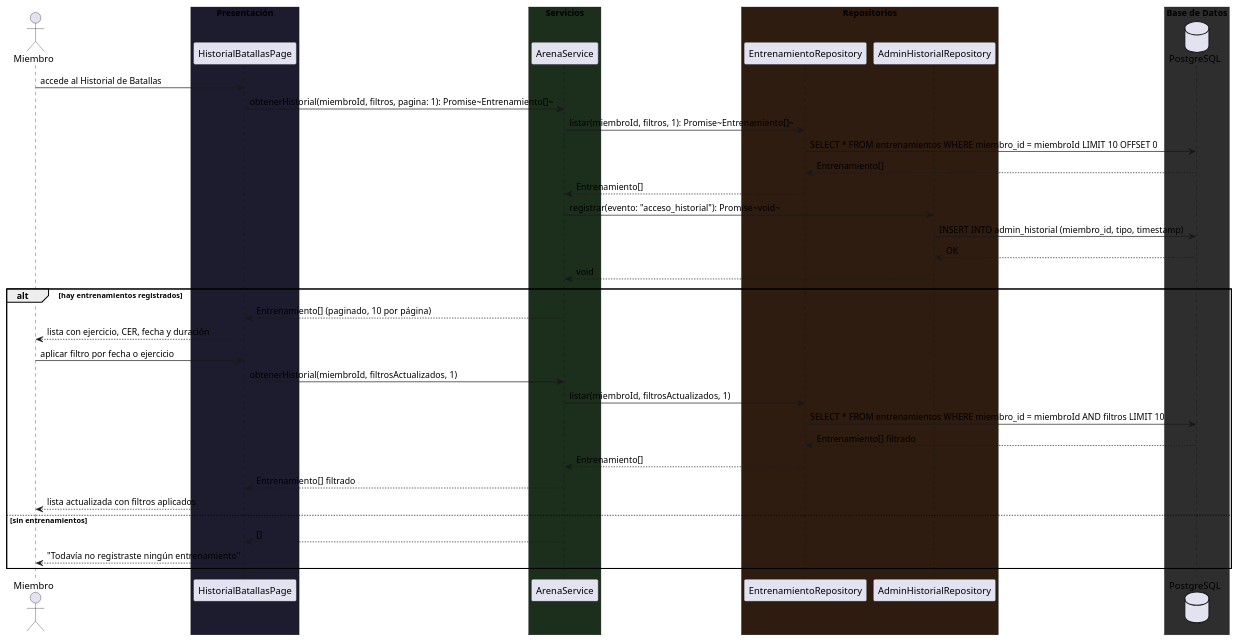
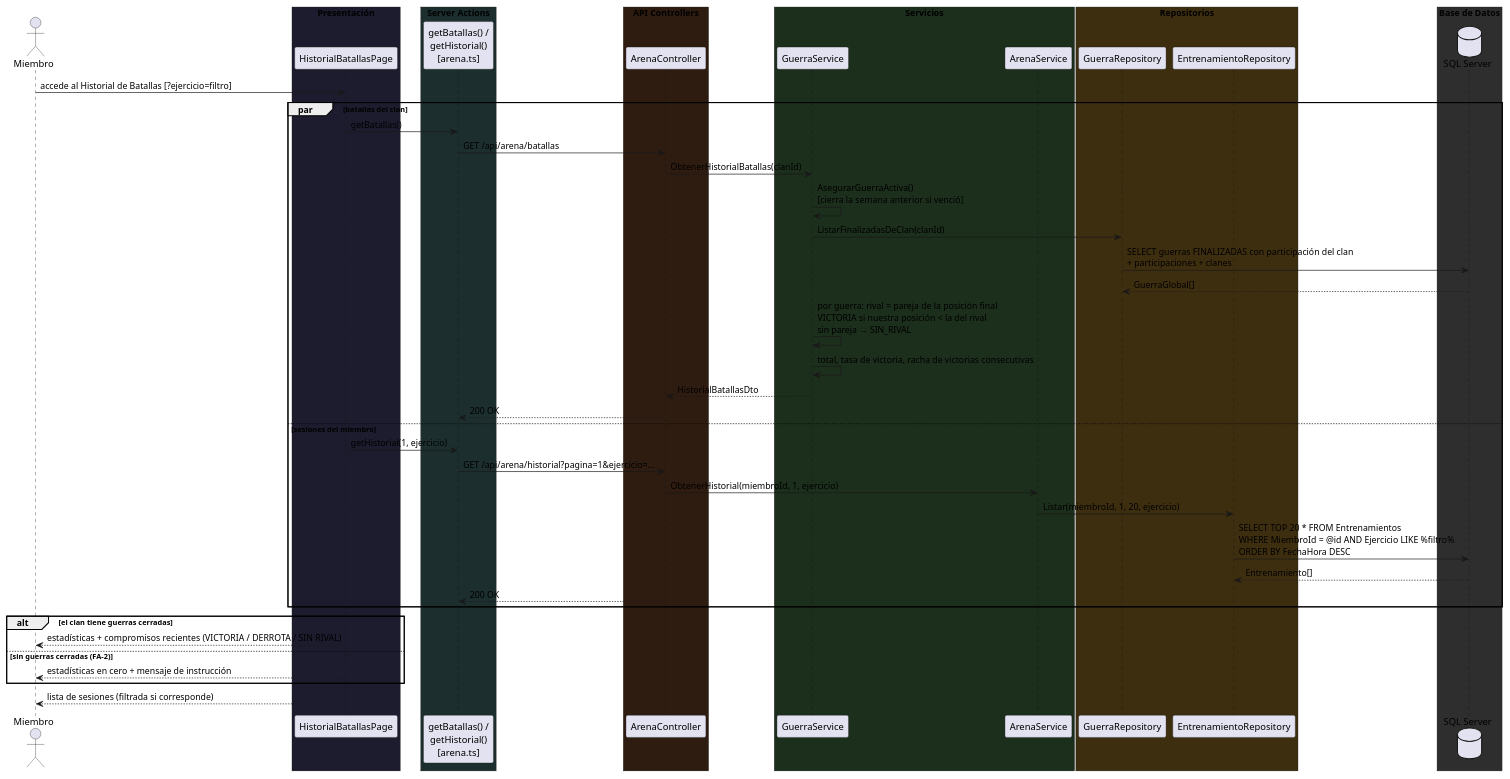
One commit to nicolassepulveda13/SAP changed the fourth of 8 diagrams in silverback/docs/secuencias-cu003-cu004.md. Above: the diagram before and after it, drawn with PlantUML. The commit also changed other lines of this file and 13 other files, not shown here.

````diff
--- a/silverback/docs/secuencias-cu003-cu004.md
+++ b/silverback/docs/secuencias-cu003-cu004.md
@@ -164,52 +245,63 @@
 ```plantuml
 @startuml CU-003-004
 
 actor Miembro
 
 box "Presentación" #1C1C2E
   participant "HistorialBatallasPage" as Page
 end box
 
+box "Server Actions" #1C2E2E
+  participant "getBatallas() /\ngetHistorial()\n[arena.ts]" as Action
+end box
+
+box "API Controllers" #2E1C10
+  participant "ArenaController" as Ctrl
+end box
+
 box "Servicios" #1C2E1C
+  participant "GuerraService" as GSvc
   participant "ArenaService" as Svc
 end box
 
-box "Repositorios" #2E1C10
+box "Repositorios" #3E2E10
+  participant "GuerraRepository" as GRepo
   participant "EntrenamientoRepository" as EntreRepo
-  participant "AdminHistorialRepository" as LogRepo
 end box
 
 box "Base de Datos" #2E2E2E
-  database "PostgreSQL" as DB
+  database "SQL Server" as DB
 end box
 
-Miembro -> Page: accede al Historial de Batallas
-Page -> Svc: obtenerHistorial(miembroId, filtros, pagina: 1): Promise~Entrenamiento[]~
-Svc -> EntreRepo: listar(miembroId, filtros, 1): Promise~Entrenamiento[]~
-EntreRepo -> DB: SELECT * FROM entrenamientos WHERE miembro_id = miembroId LIMIT 10 OFFSET 0
-DB --> EntreRepo: Entrenamiento[]
-EntreRepo --> Svc: Entrenamiento[]
-Svc -> LogRepo: registrar(evento: "acceso_historial"): Promise~void~
-LogRepo -> DB: INSERT INTO admin_historial (miembro_id, tipo, timestamp)
-DB --> LogRepo: OK
-LogRepo --> Svc: void
+Miembro -> Page: accede al Historial de Batallas [?ejercicio=filtro]
+par batallas del clan
+    Page -> Action: getBatallas()
+    Action -> Ctrl: GET /api/arena/batallas
+    Ctrl -> GSvc: ObtenerHistorialBatallas(clanId)
+    GSvc -> GSvc: AsegurarGuerraActiva()\n[cierra la semana anterior si venció]
+    GSvc -> GRepo: ListarFinalizadasDeClan(clanId)
+    GRepo -> DB: SELECT guerras FINALIZADAS con participación del clan\n+ participaciones + clanes
+    DB --> GRepo: GuerraGlobal[]
+    GSvc -> GSvc: por guerra: rival = pareja de la posición final\nVICTORIA si nuestra posición < la del rival\nsin pareja → SIN_RIVAL
+    GSvc -> GSvc: total, tasa de victoria, racha de victorias consecutivas
+    GSvc --> Ctrl: HistorialBatallasDto
+    Ctrl --> Action: 200 OK
+else sesiones del miembro
+    Page -> Action: getHistorial(1, ejercicio)
+    Action -> Ctrl: GET /api/arena/historial?pagina=1&ejercicio=...
+    Ctrl -> Svc: ObtenerHistorial(miembroId, 1, ejercicio)
+    Svc -> EntreRepo: Listar(miembroId, 1, 20, ejercicio)
+    EntreRepo -> DB: SELECT TOP 20 * FROM Entrenamientos\nWHERE MiembroId = @id AND Ejercicio LIKE %filtro%\nORDER BY FechaHora DESC
+    DB --> EntreRepo: Entrenamiento[]
+    Ctrl --> Action: 200 OK
+end
 
-alt hay entrenamientos registrados
-    Svc --> Page: Entrenamiento[] (paginado, 10 por página)
-    Page --> Miembro: lista con ejercicio, CER, fecha y duración
-
-    Miembro -> Page: aplicar filtro por fecha o ejercicio
-    Page -> Svc: obtenerHistorial(miembroId, filtrosActualizados, 1)
-    Svc -> EntreRepo: listar(miembroId, filtrosActualizados, 1)
-    EntreRepo -> DB: SELECT * FROM entrenamientos WHERE miembro_id = miembroId AND filtros LIMIT 10
-    DB --> EntreRepo: Entrenamiento[] filtrado
-    EntreRepo --> Svc: Entrenamiento[]
-    Svc --> Page: Entrenamiento[] filtrado
-    Page --> Miembro: lista actualizada con filtros aplicados
-else sin entrenamientos
-    Svc --> Page: []
-    Page --> Miembro: "Todavía no registraste ningún entrenamiento"
+alt el clan tiene guerras cerradas
+    Page --> Miembro: estadísticas + compromisos recientes (VICTORIA / DERROTA / SIN RIVAL)
+else sin guerras cerradas (FA-2)
+    Page --> Miembro: estadísticas en cero + mensaje de instrucción
 end
+Page --> Miembro: lista de sesiones (filtrada si corresponde)
 
 @enduml
 ```
````
